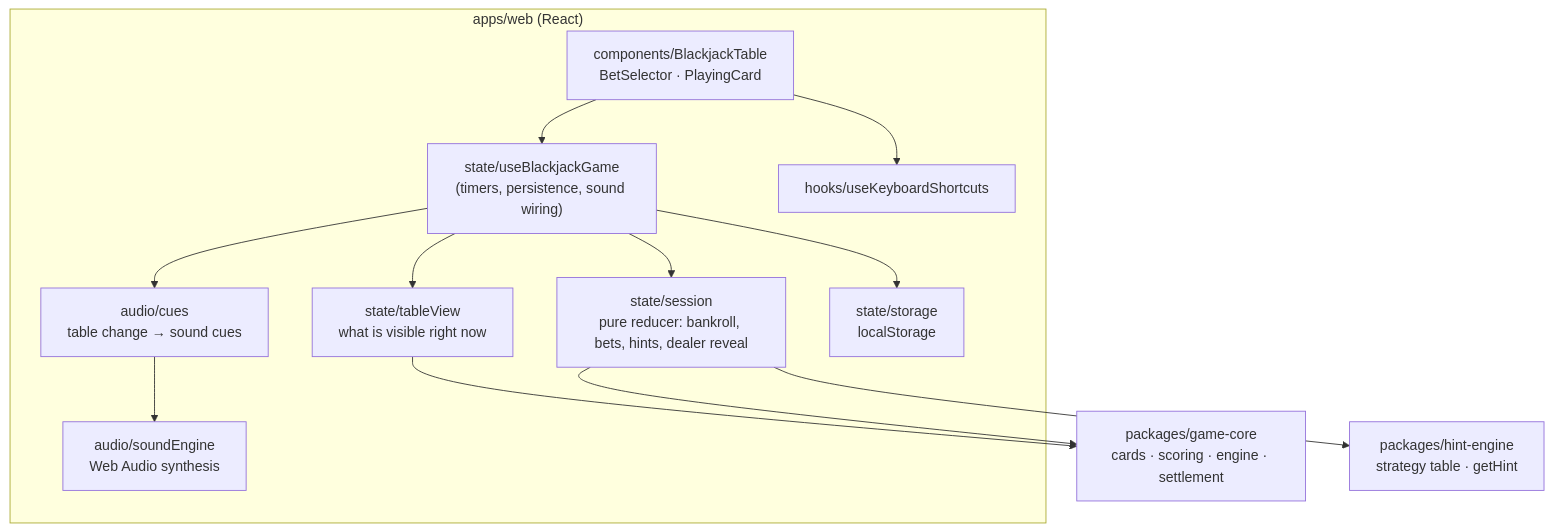
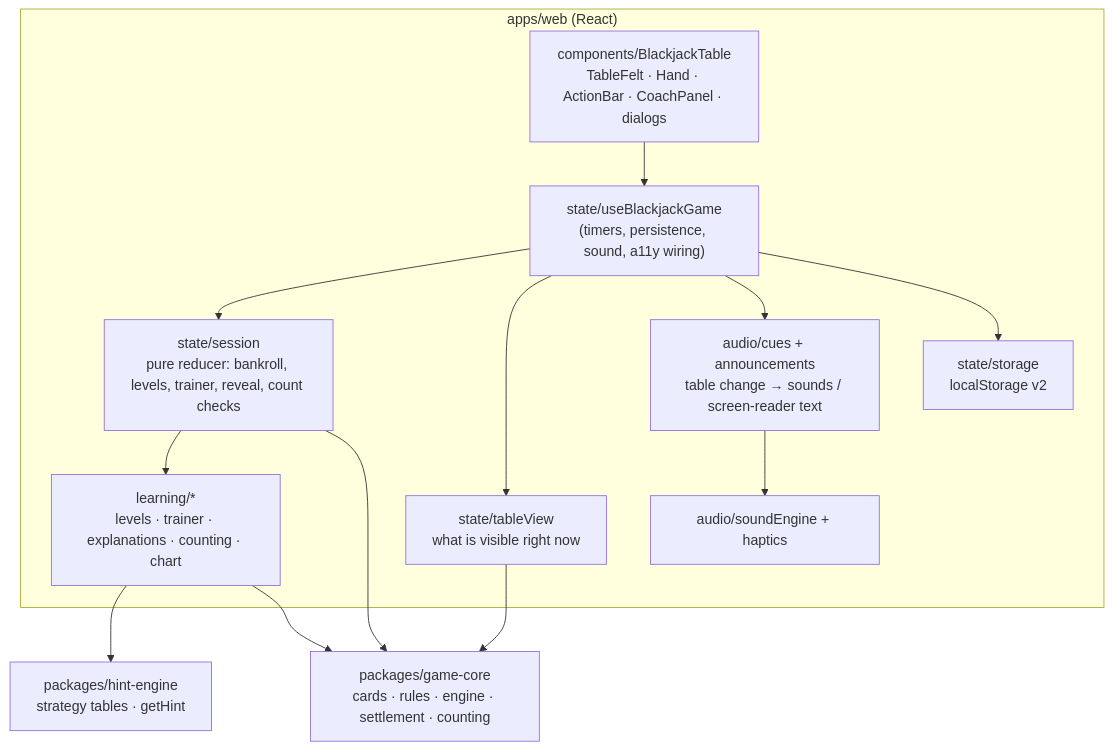
One commit to thundermage117/Blackjack changed the first of 2 diagrams in docs/architecture.md. Above: the diagram before and after it, drawn with Mermaid. The commit also changed other lines of this file and 4 other files, not shown here.

Commit message:
docs: update architecture, README, contributing guide, changelog and plan status

````diff
--- a/docs/architecture.md
+++ b/docs/architecture.md
@@ -14,25 +14,26 @@
 ```mermaid
 flowchart TD
   subgraph web["apps/web (React)"]
-    Table["components/BlackjackTable<br/>BetSelector · PlayingCard"]
-    Hook["state/useBlackjackGame<br/>(timers, persistence, sound wiring)"]
-    Session["state/session<br/>pure reducer: bankroll, bets, hints, dealer reveal"]
+    Screen["components/BlackjackTable<br/>TableFelt · Hand · ActionBar · CoachPanel · dialogs"]
+    Hook["state/useBlackjackGame<br/>(timers, persistence, sound, a11y wiring)"]
+    Session["state/session<br/>pure reducer: bankroll, levels, trainer, reveal, count checks"]
     View["state/tableView<br/>what is visible right now"]
-    Cues["audio/cues<br/>table change → sound cues"]
-    Engine["audio/soundEngine<br/>Web Audio synthesis"]
-    Storage["state/storage<br/>localStorage"]
-    Keys["hooks/useKeyboardShortcuts"]
+    Learning["learning/*<br/>levels · trainer · explanations · counting · chart"]
+    Cues["audio/cues + announcements<br/>table change → sounds / screen-reader text"]
+    Engine["audio/soundEngine + haptics"]
+    Storage["state/storage<br/>localStorage v2"]
   end
-  Core["packages/game-core<br/>cards · scoring · engine · settlement"]
-  Hint["packages/hint-engine<br/>strategy table · getHint"]
+  Core["packages/game-core<br/>cards · rules · engine · settlement · counting"]
+  Hint["packages/hint-engine<br/>strategy tables · getHint"]
 
-  Table --> Hook
-  Table --> Keys
+  Screen --> Hook
   Hook --> Session
   Hook --> View
   Hook --> Cues --> Engine
   Hook --> Storage
+  Session --> Learning
   Session --> Core
-  Session --> Hint
+  Learning --> Hint
+  Learning --> Core
   View --> Core
 ```
````
